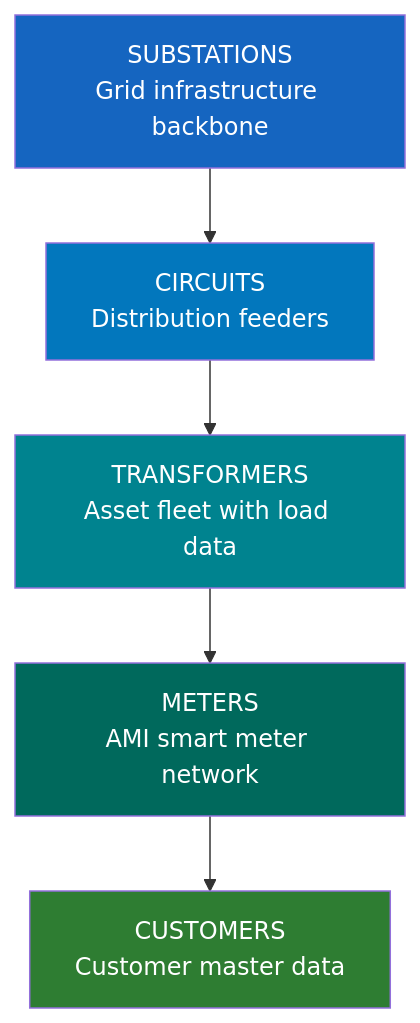
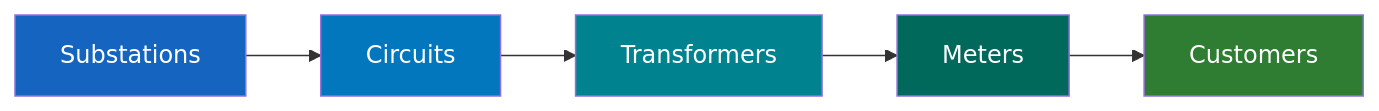
Before and after one commit to sfc-gh-abannerjee/flux-utility-solutions: the second of 4 diagrams in docs/ARCHITECTURE.md, drawn with Mermaid. The commit also changed other lines of this file and 4 other files, not shown here.

First line of the commit message:
Restructure architecture docs and fix Mermaid diagram layouts

````diff
--- a/docs/ARCHITECTURE.md
+++ b/docs/ARCHITECTURE.md
@@ -46,16 +46,10 @@
 ```mermaid
-flowchart TD
-    SUB["SUBSTATIONS<br/>Grid infrastructure backbone"]
-    CIR["CIRCUITS<br/>Distribution feeders"]
-    TRF["TRANSFORMERS<br/>Asset fleet with load data"]
-    MTR["METERS<br/>AMI smart meter network"]
-    CUS["CUSTOMERS<br/>Customer master data"]
-    
-    SUB --> CIR --> TRF --> MTR --> CUS
+flowchart LR
+    SUB["Substations"] --> CIR["Circuits"] --> TRF["Transformers"] --> MTR["Meters"] --> CUS["Customers"]
     
     style SUB fill:#1565c0,color:#fff
     style CIR fill:#0277bd,color:#fff
     style TRF fill:#00838f,color:#fff
     style MTR fill:#00695c,color:#fff
     style CUS fill:#2e7d32,color:#fff
 ```
````
